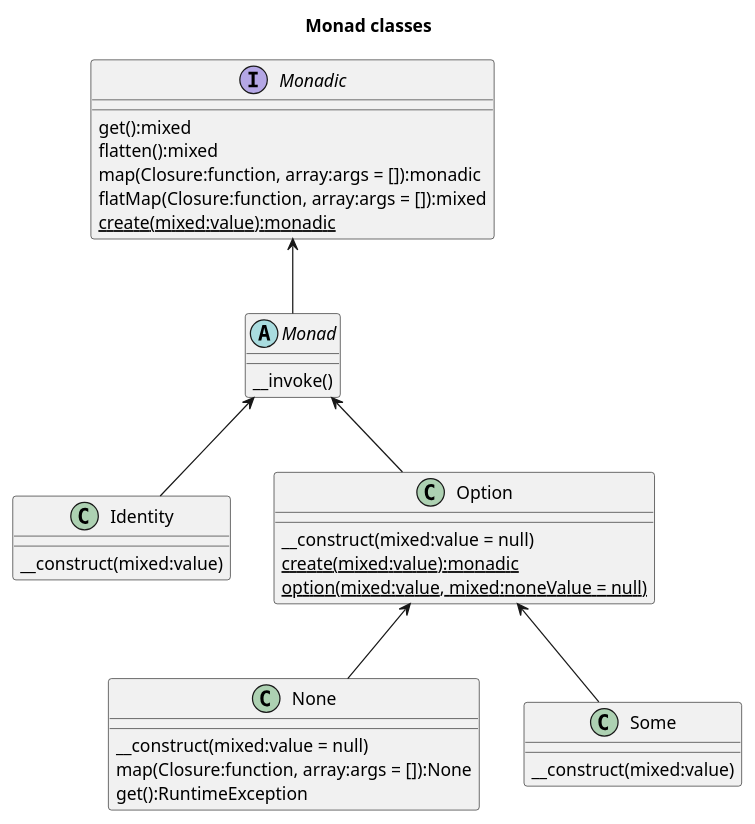
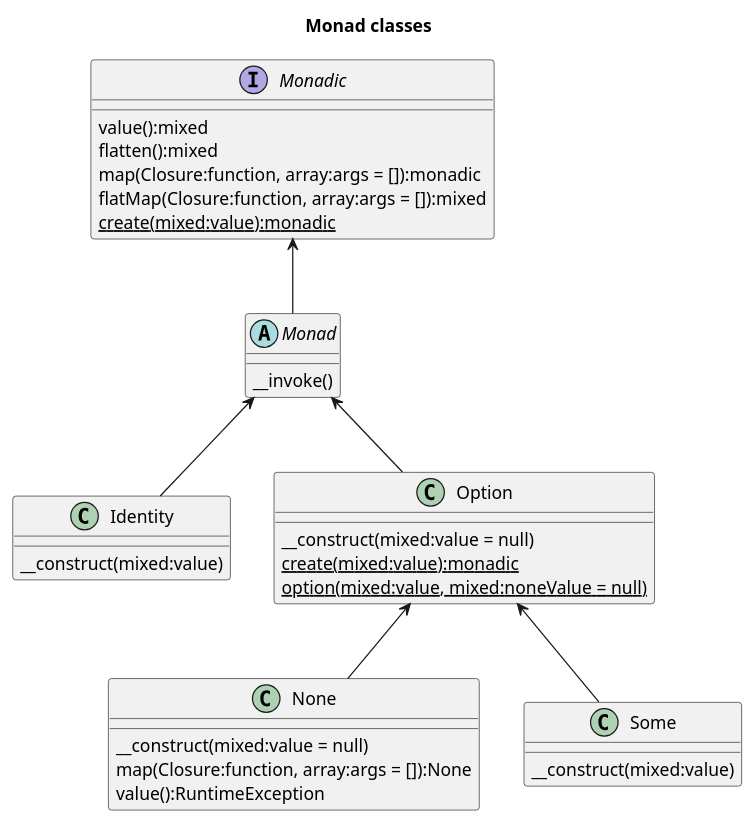
Before and after one commit to chippyash/Monad: the diagram in docs/Monad Classes.puml, drawn with PlantUML. The commit also changed 10 other files, not shown here.

```diff
--- a/docs/Monad Classes.puml
+++ b/docs/Monad Classes.puml
@@ -1,41 +1,41 @@
 @startuml
 title Monad classes
 
 interface Monadic {
-    get():mixed
+    value():mixed
     flatten():mixed
     map(Closure:function, array:args = []):monadic
     flatMap(Closure:function, array:args = []):mixed
     {static} create(mixed:value):monadic
 }
 
 abstract class Monad {
     __invoke()
 }
 
 class Identity {
     __construct(mixed:value)
 }
 
 class Option {
     __construct(mixed:value = null)
     {static} create(mixed:value):monadic
     {static} option(mixed:value, mixed:noneValue = null)
 }
 
 class None {
     __construct(mixed:value = null)
     map(Closure:function, array:args = []):None
-    get():RuntimeException
+    value():RuntimeException
 }
 
 class Some {
     __construct(mixed:value)
 }
 
 Monadic <-- Monad
 Monad <-- Identity
 Monad <-- Option
 Option <-- None
 Option <-- Some
 @enduml
```
